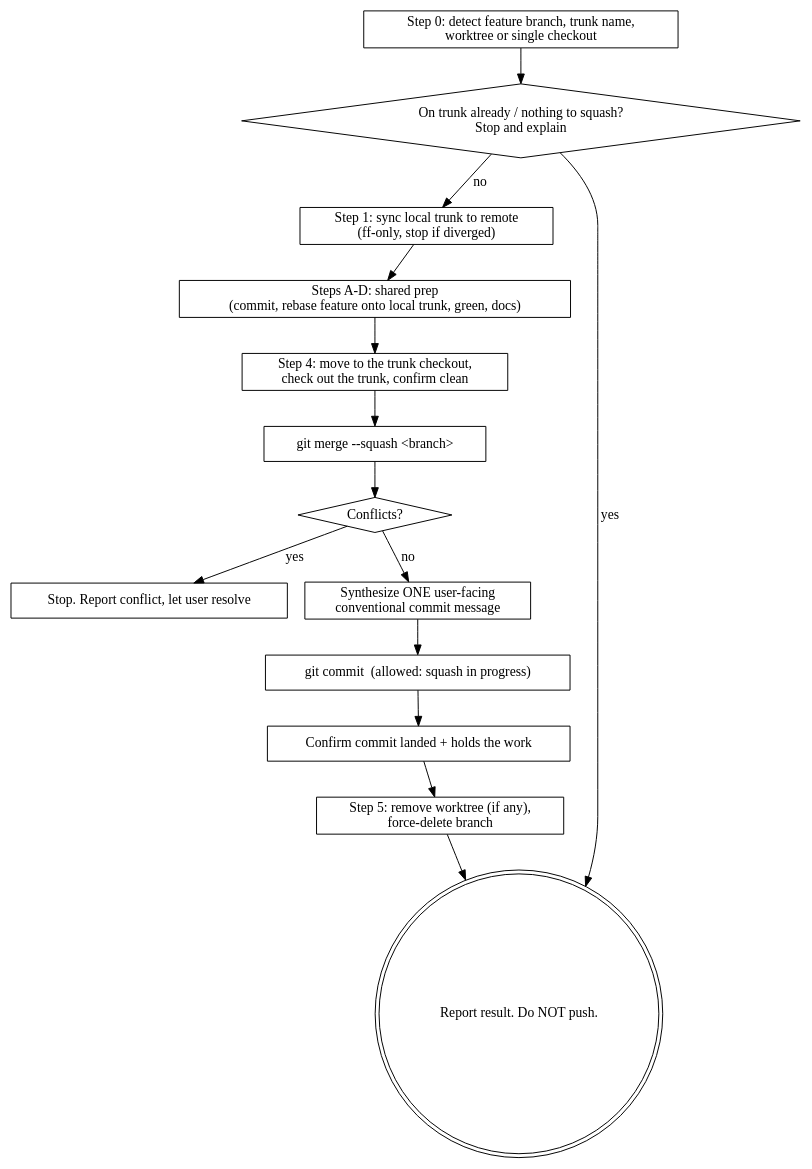
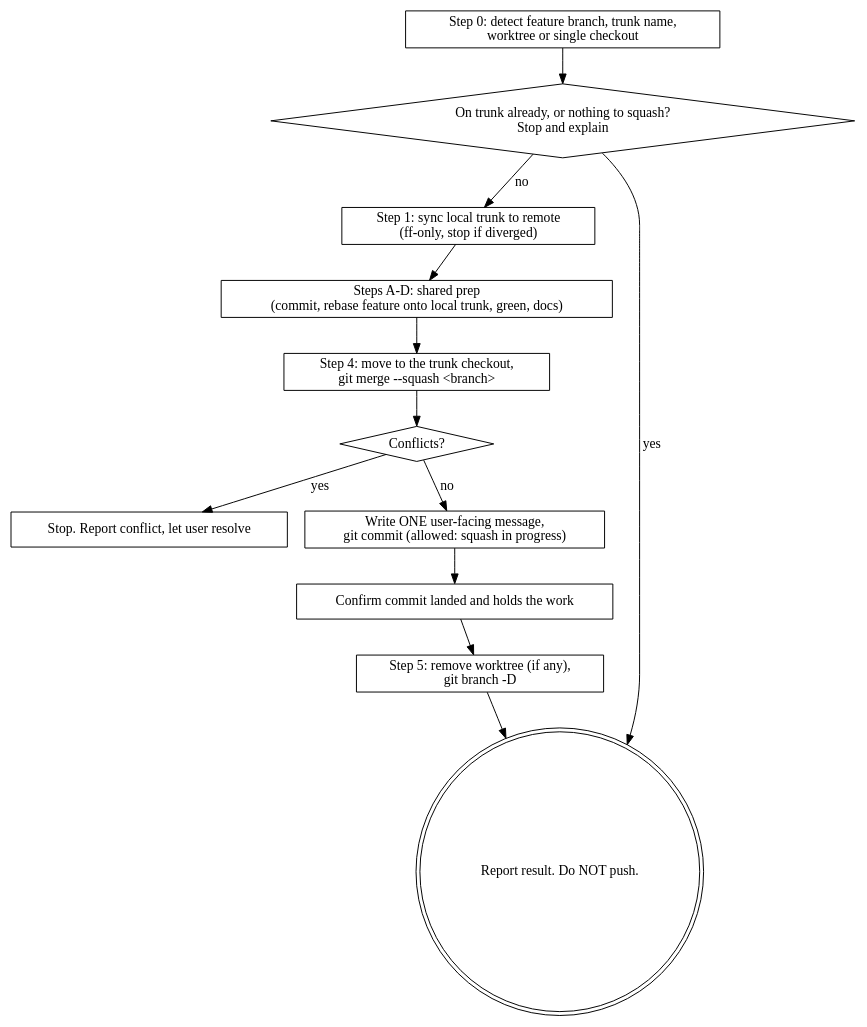
One commit to natelandau/cc-plugin changed the diagram in plugins/natelandau-toolkit/skills/squash/SKILL.md. Above: the diagram before and after it, drawn with Graphviz. The commit also changed other lines of this file and 26 other files, not shown here.

````diff
--- a/plugins/natelandau-toolkit/skills/squash/SKILL.md
+++ b/plugins/natelandau-toolkit/skills/squash/SKILL.md
@@ -43,27 +34,24 @@
 ```dot
 digraph squash {
   rankdir=TB; node [shape=box];
   detect   [label="Step 0: detect feature branch, trunk name,\nworktree or single checkout"];
-  refuse   [label="On trunk already / nothing to squash?\nStop and explain" shape=diamond];
+  refuse   [label="On trunk already, or nothing to squash?\nStop and explain" shape=diamond];
   sync     [label="Step 1: sync local trunk to remote\n(ff-only, stop if diverged)"];
   prep     [label="Steps A-D: shared prep\n(commit, rebase feature onto local trunk, green, docs)"];
-  goto     [label="Step 4: move to the trunk checkout,\ncheck out the trunk, confirm clean"];
-  squash   [label="git merge --squash <branch>"];
+  goto     [label="Step 4: move to the trunk checkout,\ngit merge --squash <branch>"];
   conflict [label="Conflicts?" shape=diamond];
   resolve  [label="Stop. Report conflict, let user resolve"];
-  msg      [label="Synthesize ONE user-facing\nconventional commit message"];
-  commit2  [label="git commit  (allowed: squash in progress)"];
-  verify   [label="Confirm commit landed + holds the work"];
-  cleanup  [label="Step 5: remove worktree (if any),\nforce-delete branch"];
+  commit2  [label="Write ONE user-facing message,\ngit commit (allowed: squash in progress)"];
+  verify   [label="Confirm commit landed and holds the work"];
+  cleanup  [label="Step 5: remove worktree (if any),\ngit branch -D"];
   done     [label="Report result. Do NOT push." shape=doublecircle];
 
   detect -> refuse;
   refuse -> done [label="yes"];
   refuse -> sync [label="no"];
-  sync -> prep -> goto -> squash -> conflict;
+  sync -> prep -> goto -> conflict;
   conflict -> resolve [label="yes"];
-  conflict -> msg [label="no"];
-  msg -> commit2;
+  conflict -> commit2 [label="no"];
   commit2 -> verify -> cleanup -> done;
 }
 ```
````
